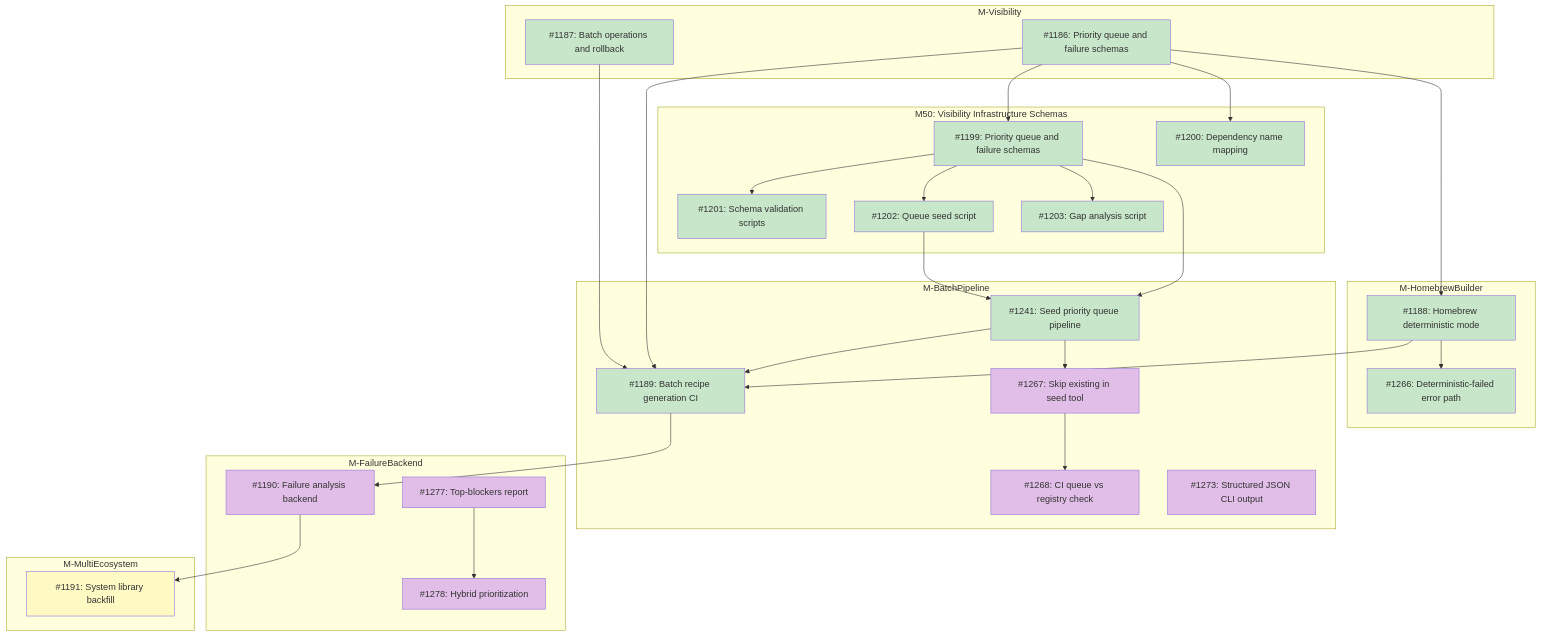
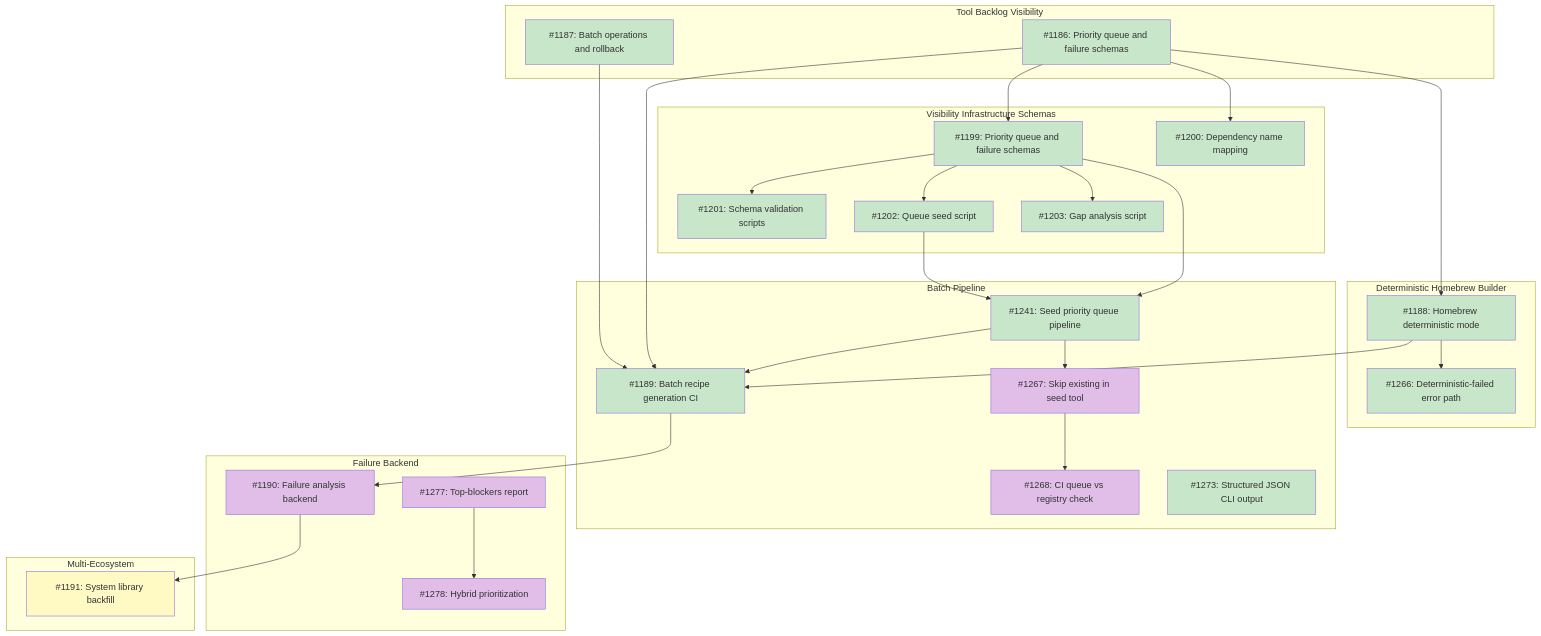
The diagram in docs/designs/DESIGN-registry-scale-strategy.md (tsukumogami/tsuku), drawn with Mermaid before and after one commit. The commit also changed other lines of this file and 11 other files, not shown here.

````diff
--- a/docs/designs/DESIGN-registry-scale-strategy.md
+++ b/docs/designs/DESIGN-registry-scale-strategy.md
@@ -76,80 +76,80 @@
 ```mermaid
 graph TD
-    subgraph M_Visibility["M-Visibility"]
+    subgraph M_Visibility["Tool Backlog Visibility"]
         I1186["#1186: Priority queue and failure schemas"]
         I1187["#1187: Batch operations and rollback"]
     end
 
-    subgraph M50["M50: Visibility Infrastructure Schemas"]
+    subgraph M50["Visibility Infrastructure Schemas"]
         I1199["#1199: Priority queue and failure schemas"]
         I1200["#1200: Dependency name mapping"]
         I1201["#1201: Schema validation scripts"]
         I1202["#1202: Queue seed script"]
         I1203["#1203: Gap analysis script"]
     end
 
-    subgraph M_HomebrewBuilder["M-HomebrewBuilder"]
+    subgraph M_HomebrewBuilder["Deterministic Homebrew Builder"]
         I1188["#1188: Homebrew deterministic mode"]
         I1266["#1266: Deterministic-failed error path"]
     end
 
-    subgraph M_BatchPipeline["M-BatchPipeline"]
+    subgraph M_BatchPipeline["Batch Pipeline"]
         I1241["#1241: Seed priority queue pipeline"]
         I1189["#1189: Batch recipe generation CI"]
         I1267["#1267: Skip existing in seed tool"]
         I1268["#1268: CI queue vs registry check"]
         I1273["#1273: Structured JSON CLI output"]
     end
 
-    subgraph M_FailureBackend["M-FailureBackend"]
+    subgraph M_FailureBackend["Failure Backend"]
         I1190["#1190: Failure analysis backend"]
         I1277["#1277: Top-blockers report"]
         I1278["#1278: Hybrid prioritization"]
     end
 
-    subgraph M_MultiEcosystem["M-MultiEcosystem"]
+    subgraph M_MultiEcosystem["Multi-Ecosystem"]
         I1191["#1191: System library backfill"]
     end
 
     I1186 --> I1199
     I1186 --> I1200
     I1199 --> I1201
     I1199 --> I1202
     I1199 --> I1203
     I1199 --> I1241
     I1202 --> I1241
     I1186 --> I1188
     I1241 --> I1189
     I1186 --> I1189
     I1187 --> I1189
     I1188 --> I1189
     I1188 --> I1266
     I1241 --> I1267
     I1267 --> I1268
     I1189 --> I1190
     I1190 --> I1191
     I1277 --> I1278
 
     classDef done fill:#c8e6c9
     classDef ready fill:#bbdefb
     classDef blocked fill:#fff9c4
     classDef needsDesign fill:#e1bee7
 
     class I1186,I1187 done
     class I1200 done
     class I1199 done
     class I1188 done
     class I1201 done
     class I1202 done
     class I1203 done
     class I1241 done
     class I1189 done
     class I1267 needsDesign
     class I1268 needsDesign
-    class I1273 needsDesign
+    class I1273 done
     class I1266 done
     class I1190 needsDesign
     class I1277 needsDesign
     class I1278 needsDesign
     class I1191 blocked
 ```
````
